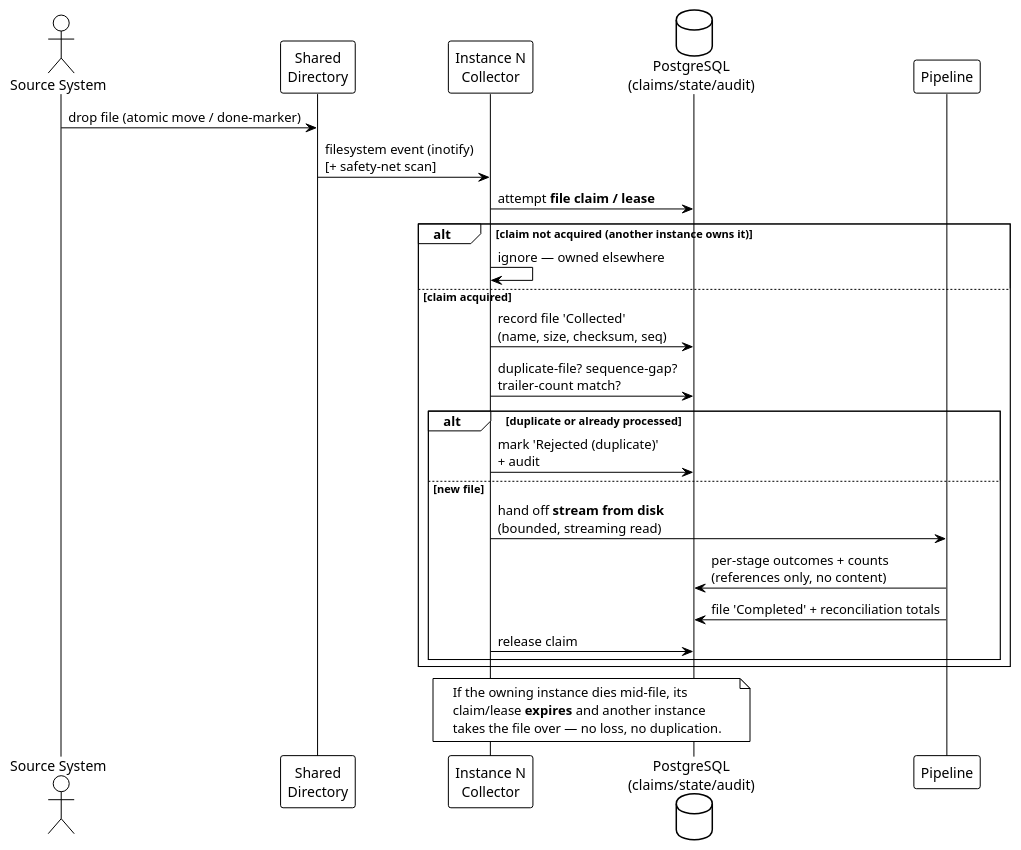
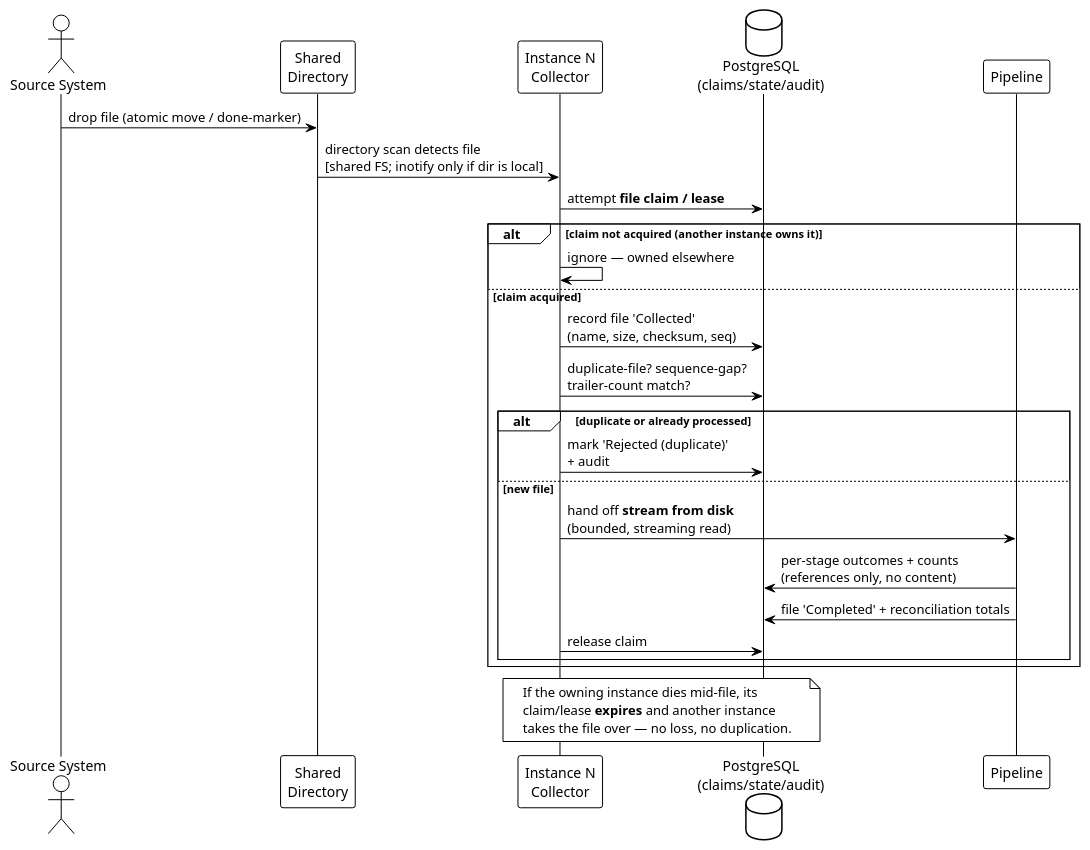
One commit to pgvanniekerk/baasparse changed the third of 4 diagrams in docs/brs/05-business-process.md. Above: the diagram before and after it, drawn with PlantUML. The commit also changed other lines of this file and 11 other files, not shown here.

````diff
--- a/docs/brs/05-business-process.md
+++ b/docs/brs/05-business-process.md
@@ -111,33 +114,33 @@
 ```plantuml
 @startuml collect-sequence
 !theme plain
 actor "Source System" as SRC
 participant "Shared\nDirectory" as DIR
 participant "Instance N\nCollector" as COL
 database "PostgreSQL\n(claims/state/audit)" as DB
 participant "Pipeline" as PIPE
 
 SRC -> DIR : drop file (atomic move / done-marker)
-DIR -> COL : filesystem event (inotify)\n[+ safety-net scan]
+DIR -> COL : directory scan detects file\n[shared FS; inotify only if dir is local]
 COL -> DB : attempt **file claim / lease**
 alt claim not acquired (another instance owns it)
   COL -> COL : ignore — owned elsewhere
 else claim acquired
   COL -> DB : record file 'Collected'\n(name, size, checksum, seq)
   COL -> DB : duplicate-file? sequence-gap?\ntrailer-count match?
   alt duplicate or already processed
     COL -> DB : mark 'Rejected (duplicate)'\n+ audit
   else new file
     COL -> PIPE : hand off **stream from disk**\n(bounded, streaming read)
     PIPE -> DB : per-stage outcomes + counts\n(references only, no content)
     PIPE -> DB : file 'Completed' + reconciliation totals
     COL -> DB : release claim
   end
 end
 note over COL, DB
   If the owning instance dies mid-file, its
   claim/lease **expires** and another instance
   takes the file over — no loss, no duplication.
 end note
 @enduml
 ```
````
